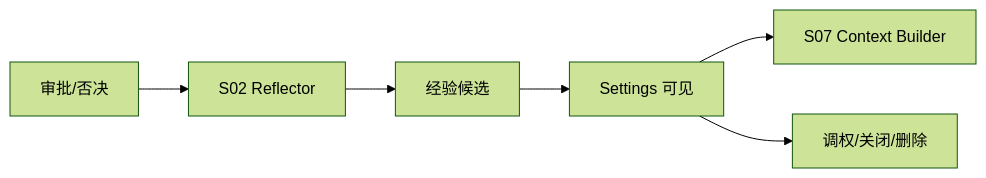
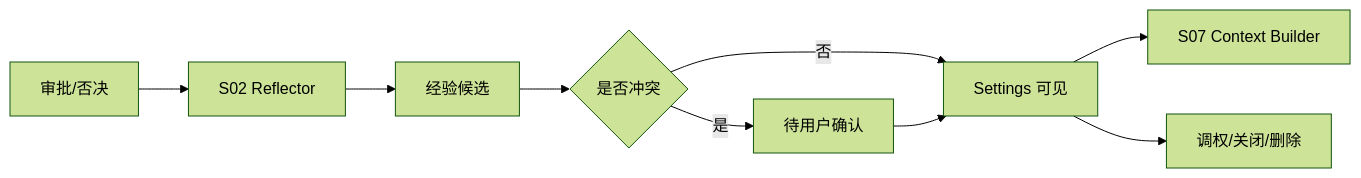
The diagram in spec/M12-memory-learning-management.md (jinhuang712/open-novel), drawn with Mermaid (forest theme) before and after one commit. The commit also changed other lines of this file and 5 other files, not shown here.

````diff
--- a/spec/M12-memory-learning-management.md
+++ b/spec/M12-memory-learning-management.md
@@ -17,8 +18,11 @@
 ```mermaid
 flowchart LR
   Decision[审批/否决] --> Reflector[S02 Reflector]
   Reflector --> Learning[经验候选]
-  Learning --> Visible[Settings 可见]
+  Learning --> Conflict{是否冲突}
+  Conflict -->|否| Visible[Settings 可见]
+  Conflict -->|是| Pending[待用户确认]
+  Pending --> Visible
   Visible --> Context[S07 Context Builder]
   Visible --> UserAction[调权/关闭/删除]
 ```
````
